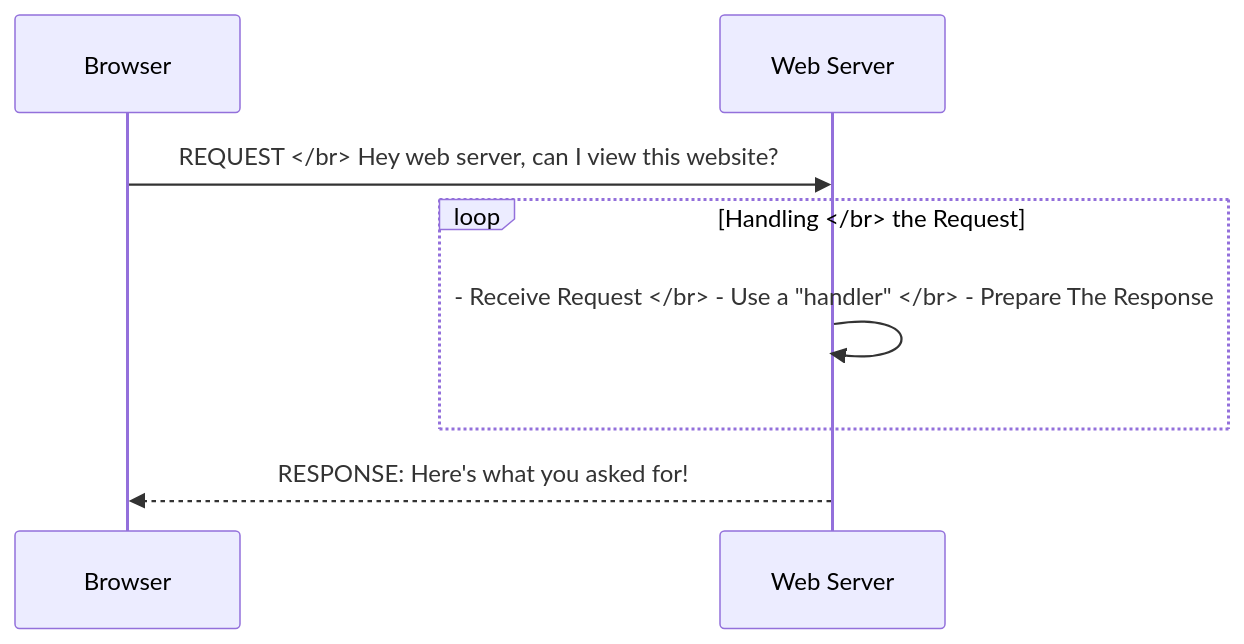
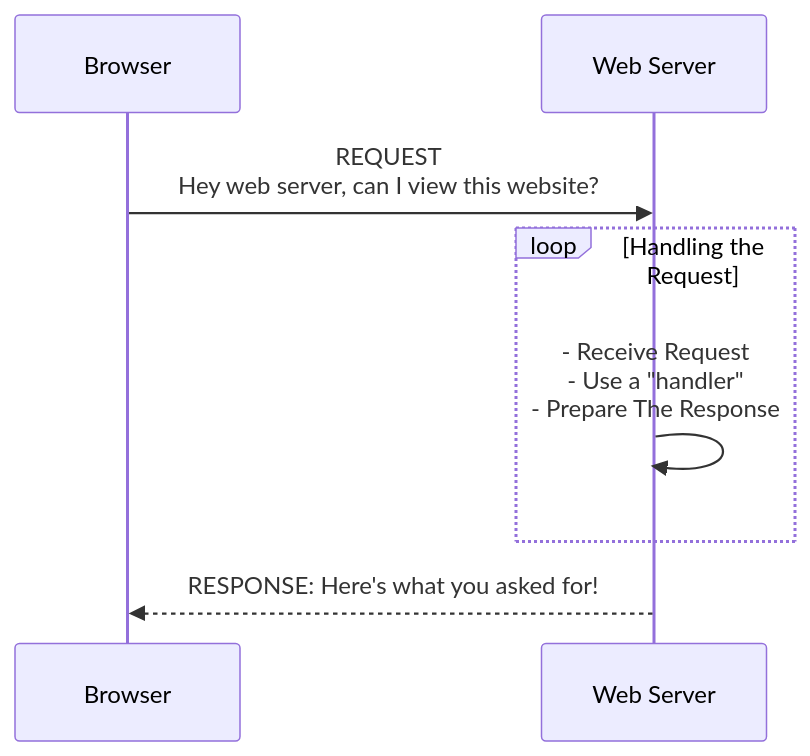
Before and after one commit to imagineLife/big-site: the diagram in content/http-server/about.md, drawn with Mermaid. The commit also changed 16 other files, not shown here.

Commit message:
"comment" the mermaid syntax

````diff
--- a/content/http-server/about.md
+++ b/content/http-server/about.md
@@ -13,12 +13,12 @@
 ```mermaid
 sequenceDiagram
   participant Browser
 
-  Browser->>Web Server: REQUEST </br> Hey web server, can I view this website?
+  Browser->>Web Server: REQUEST <br/> Hey web server, can I view this website?
 
-  loop Handling </br> the Request
-  Web Server->>Web Server: - Receive Request </br> - Use a "handler" </br> - Prepare The Response
+  loop Handling the Request
+  Web Server->>Web Server: - Receive Request <br/> - Use a "handler" <br/> - Prepare The Response
   end
 
   Web Server-->>Browser: RESPONSE: Here's what you asked for!
 ```
````
